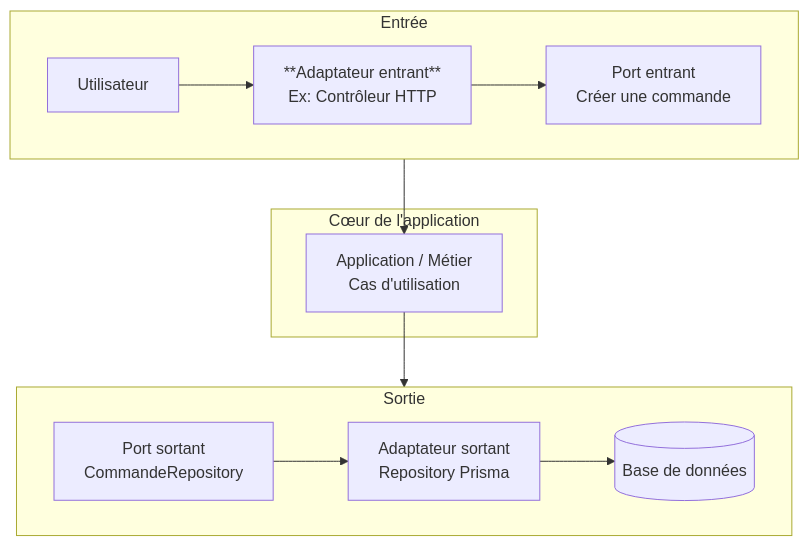
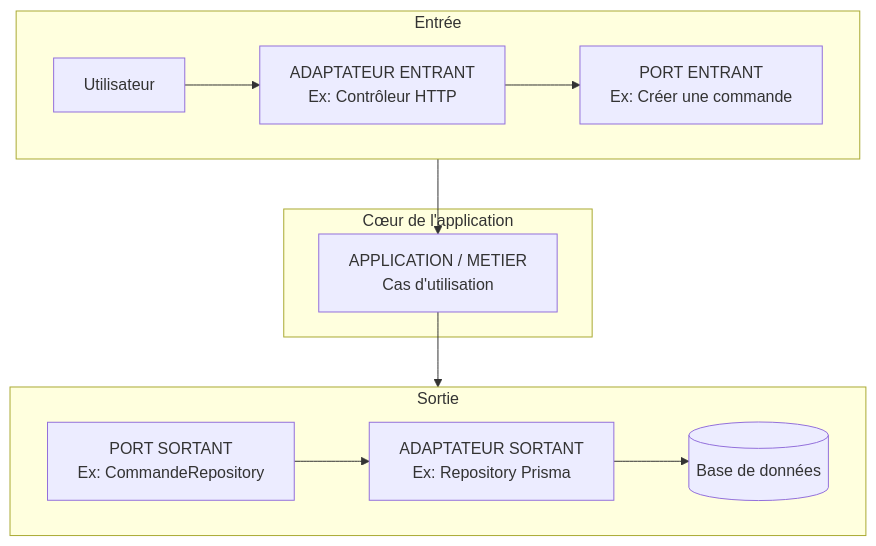
The fourth of 4 diagrams in ARCHITECTURE.md (donnatchris/DDD), drawn with Mermaid before and after one commit.

````diff
--- a/ARCHITECTURE.md
+++ b/ARCHITECTURE.md
@@ -278,28 +278,28 @@
 ```mermaid
 flowchart TB
 
     subgraph ENTREE["Entrée"]
         direction LR
         USER[Utilisateur]
-        CONTROLLER[**Adaptateur entrant**<br/>Ex: Contrôleur HTTP]
-        INPORT[Port entrant<br/>Créer une commande]
+        CONTROLLER[ADAPTATEUR ENTRANT<br/>Ex: Contrôleur HTTP]
+        INPORT[PORT ENTRANT<br/>Ex: Créer une commande]
 
         USER --> CONTROLLER --> INPORT
     end
 
     subgraph COEUR["Cœur de l'application"]
-        APP[Application / Métier<br/>Cas d'utilisation]
+        APP[APPLICATION / METIER<br/>Cas d'utilisation]
     end
 
     subgraph SORTIE["Sortie"]
         direction LR
-        OUTPORT[Port sortant<br/>CommandeRepository]
-        REPOSITORY[Adaptateur sortant<br/>Repository Prisma]
+        OUTPORT[PORT SORTANT<br/>Ex: CommandeRepository]
+        REPOSITORY[ADAPTATEUR SORTANT<br/>Ex: Repository Prisma]
         DB[(Base de données)]
 
         OUTPORT --> REPOSITORY --> DB
     end
 
     INPORT --> APP
     APP --> OUTPORT
 ```
````
